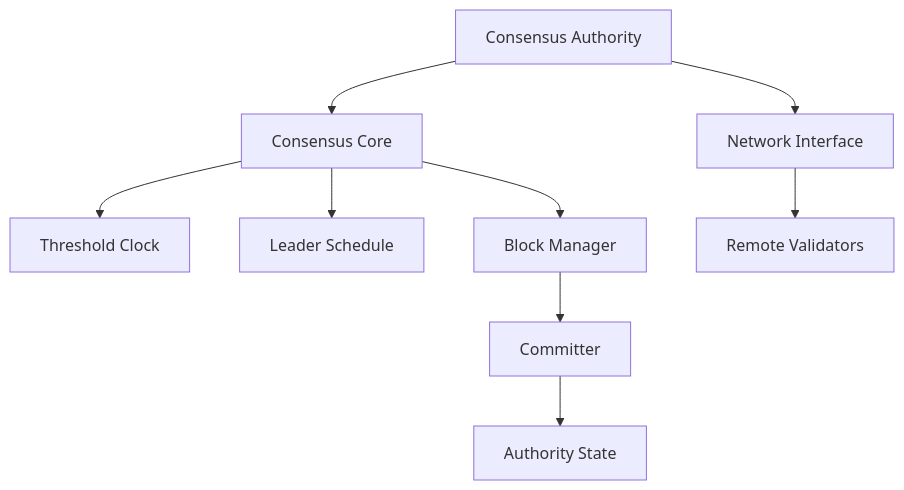
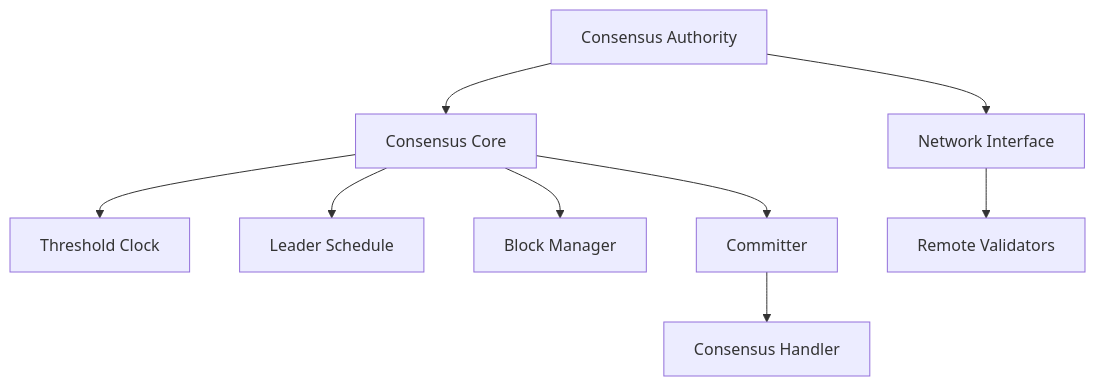
One commit to soma-org/soma changed the diagram in memory-bank/modules/consensus.md. Above: the diagram before and after it, drawn with Mermaid. The commit also changed other lines of this file and 5 other files, not shown here.

First line of the commit message:
Update Consensus and P2P module documentation with refined architecture and workflows

````diff
--- a/memory-bank/modules/consensus.md
+++ b/memory-bank/modules/consensus.md
@@ -46,15 +43,15 @@
 ```mermaid
 flowchart TD
     ConsAuth[Consensus Authority] --> Core[Consensus Core]
     ConsAuth --> Network[Network Interface]
     
     Core --> ThreshClock[Threshold Clock]
     Core --> LeaderSched[Leader Schedule]
     Core --> BlockMgr[Block Manager]
     
-    BlockMgr --> Committer[Committer]
+    Core --> Committer[Committer]
     
     Network --> RemoteNode[Remote Validators]
     
-    Committer --> Authority[Authority State]
+    Committer --> Authority[Consensus Handler]
 ```
````
